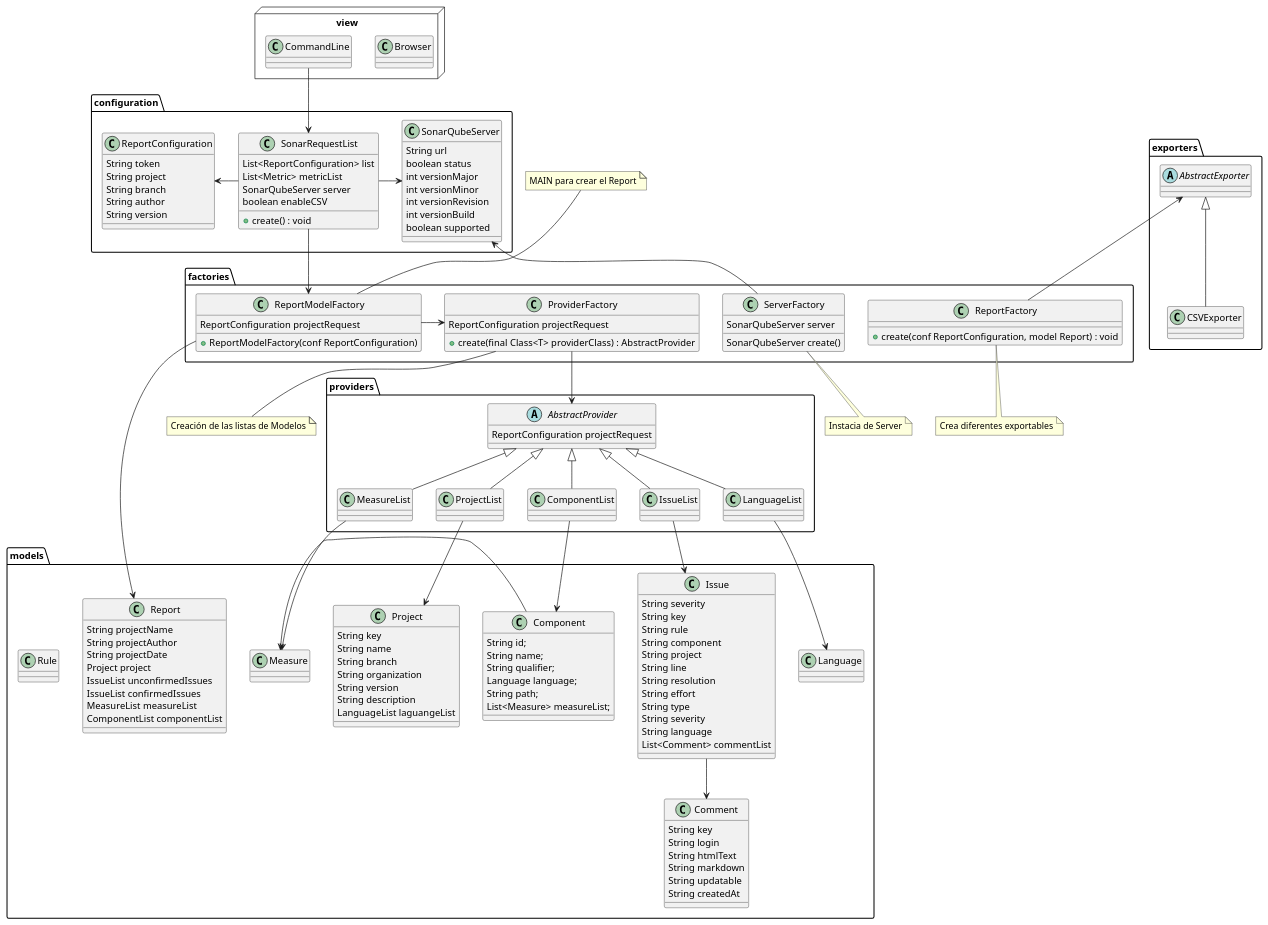
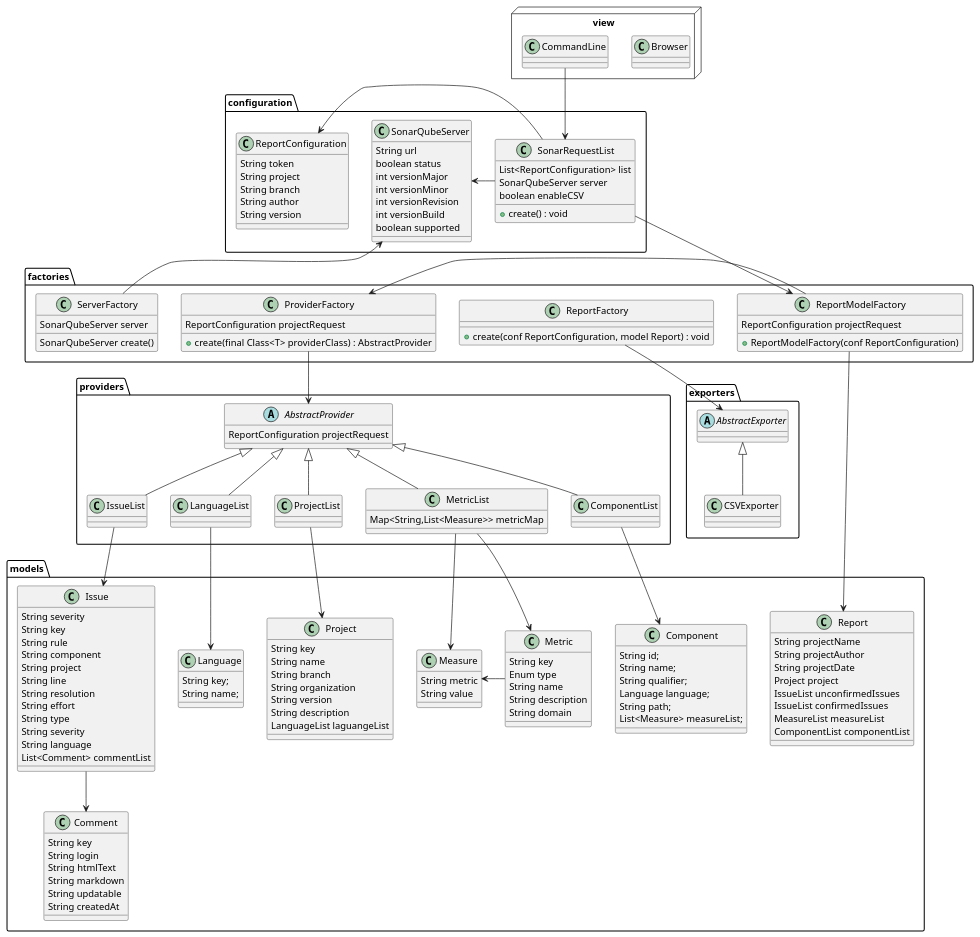
Before and after one commit to iakigarci/SonarReport: the diagram in uml/diagrama_de_clases.plantuml, drawn with PlantUML. The commit also changed 24 other files, not shown here.

```diff
--- a/uml/diagrama_de_clases.plantuml
+++ b/uml/diagrama_de_clases.plantuml
@@ -18,12 +18,12 @@
 
     }
 
-    class MeasureList {
+    class ProjectList {
 
     }
-
-    class ProjectList {
-
+    
+    class MetricList {
+        Map<String,List<Measure>> metricMap
     }
 
 }
@@ -95,11 +95,13 @@
     }
 
     class Language {
-        
+        String key;
+        String name;
     }
 
     class Measure {
-        
+        String metric
+        String value
     }
 
     class Project {
@@ -123,15 +125,19 @@
         ComponentList componentList
     }
 
-    class Rule {
-        
+    class Metric {
+        String key
+        Enum type
+        String name
+        String description
+        String domain
+
     }
 }
 
 package configuration {
     class SonarRequestList {
         List<ReportConfiguration> list
-        List<Metric> metricList
         SonarQubeServer server
         boolean enableCSV
         +create() : void
@@ -170,20 +176,22 @@
 IssueList -up-|> AbstractProvider
 ComponentList -up-|> AbstractProvider
 LanguageList -up-|> AbstractProvider
-MeasureList -up-|> AbstractProvider
+MetricList -up-|> AbstractProvider
 ProjectList -up-|> AbstractProvider
+MetricList -[hidden]> ComponentList
 
 ComponentList -down-> Component
 IssueList -down-> Issue
 LanguageList -down-> Language
-MeasureList -down-> Measure
 ProjectList -down-> Project
 Issue -down-> Comment
-Component -right-> Measure
+MetricList -down-> Metric
+MetricList -down-> Measure
+Metric -> Measure
 
 ReportModelFactory -> Report
 ProviderFactory -down-> AbstractProvider
-ReportFactory -up-> AbstractExporter
+ReportFactory -down-> AbstractExporter
 ServerFactory -up-> SonarQubeServer
 ReportModelFactory -> ProviderFactory
 
@@ -194,13 +202,14 @@
 SonarRequestList -right-> SonarQubeServer
 SonarRequestList -down-> ReportModelFactory
 
+/'
 note "Creación de las listas de Modelos" as N1
 note "Instacia de Server" as N2
 note "MAIN para crear el Report" as N3
 note "Crea diferentes exportables" as N4
 N1 -up-> ProviderFactory
-N2 -up-> ServerFactory
+N2 -down-> ServerFactory
 N3 -down-> ReportModelFactory
-N4 -up-> ReportFactory  
-
+N4 -down-> ReportFactory  
+`/
 @enduml
```
